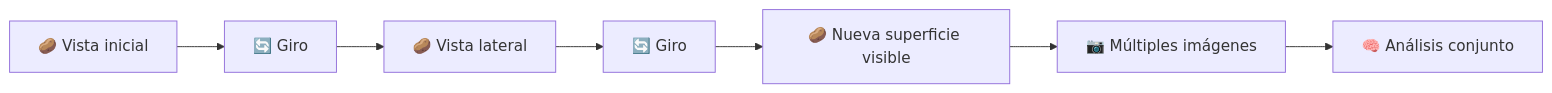
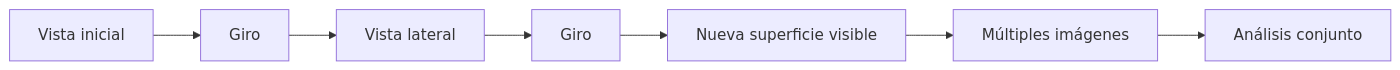
The second of 2 diagrams in README.md (Dylan200-7/PI_Equipo_10), drawn with Mermaid before and after one commit. The commit also changed other lines of this file, not shown here.

````diff
--- a/README.md
+++ b/README.md
@@ -206,10 +209,10 @@
 ```mermaid
 flowchart LR
 
-    A["🥔 Vista inicial"] --> B["🔄 Giro"]
-    B --> C["🥔 Vista lateral"]
-    C --> D["🔄 Giro"]
-    D --> E["🥔 Nueva superficie visible"]
-    E --> F["📷 Múltiples imágenes"]
-    F --> G["🧠 Análisis conjunto"]
+    A["Vista inicial"] --> B["Giro"]
+    B --> C["Vista lateral"]
+    C --> D["Giro"]
+    D --> E["Nueva superficie visible"]
+    E --> F["Múltiples imágenes"]
+    F --> G["Análisis conjunto"]
 ```
````
